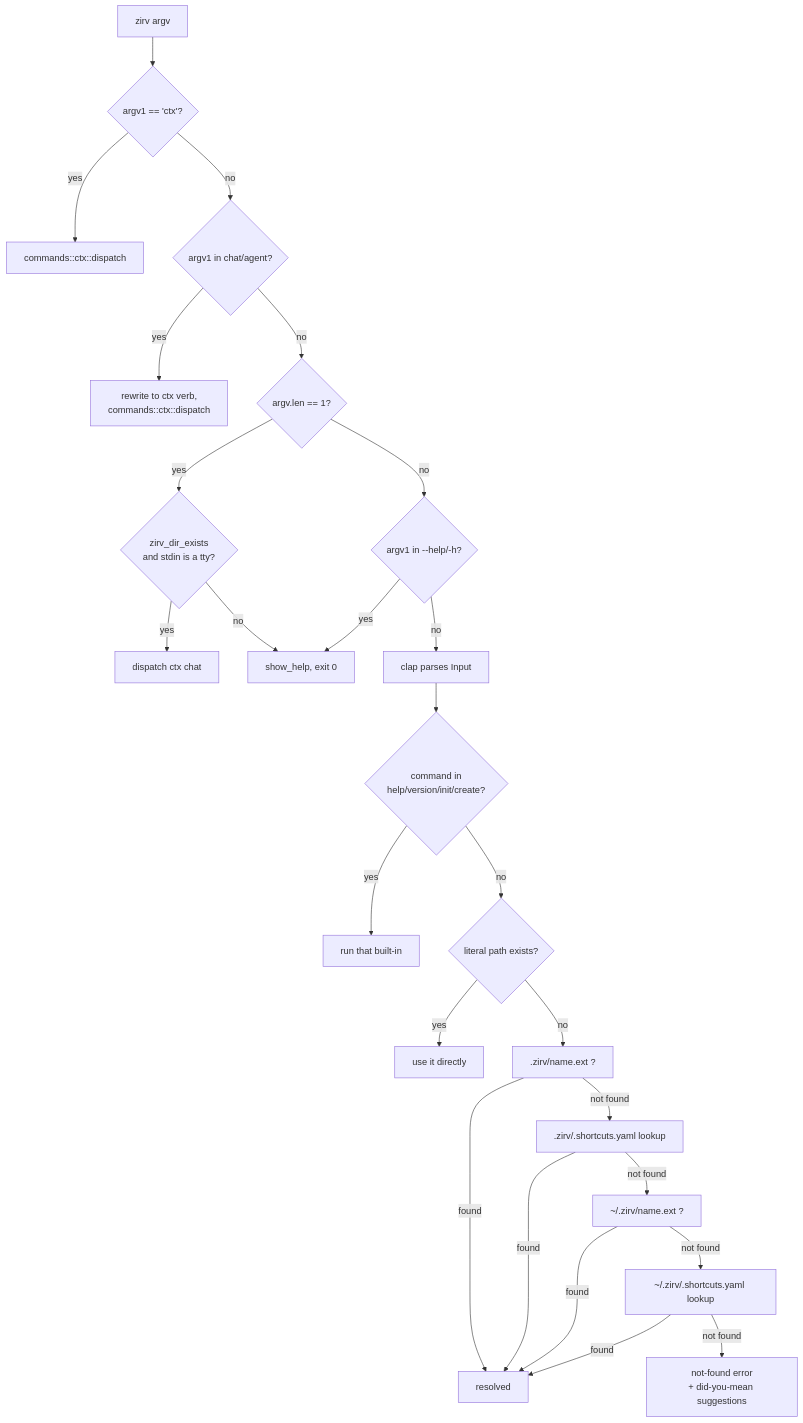
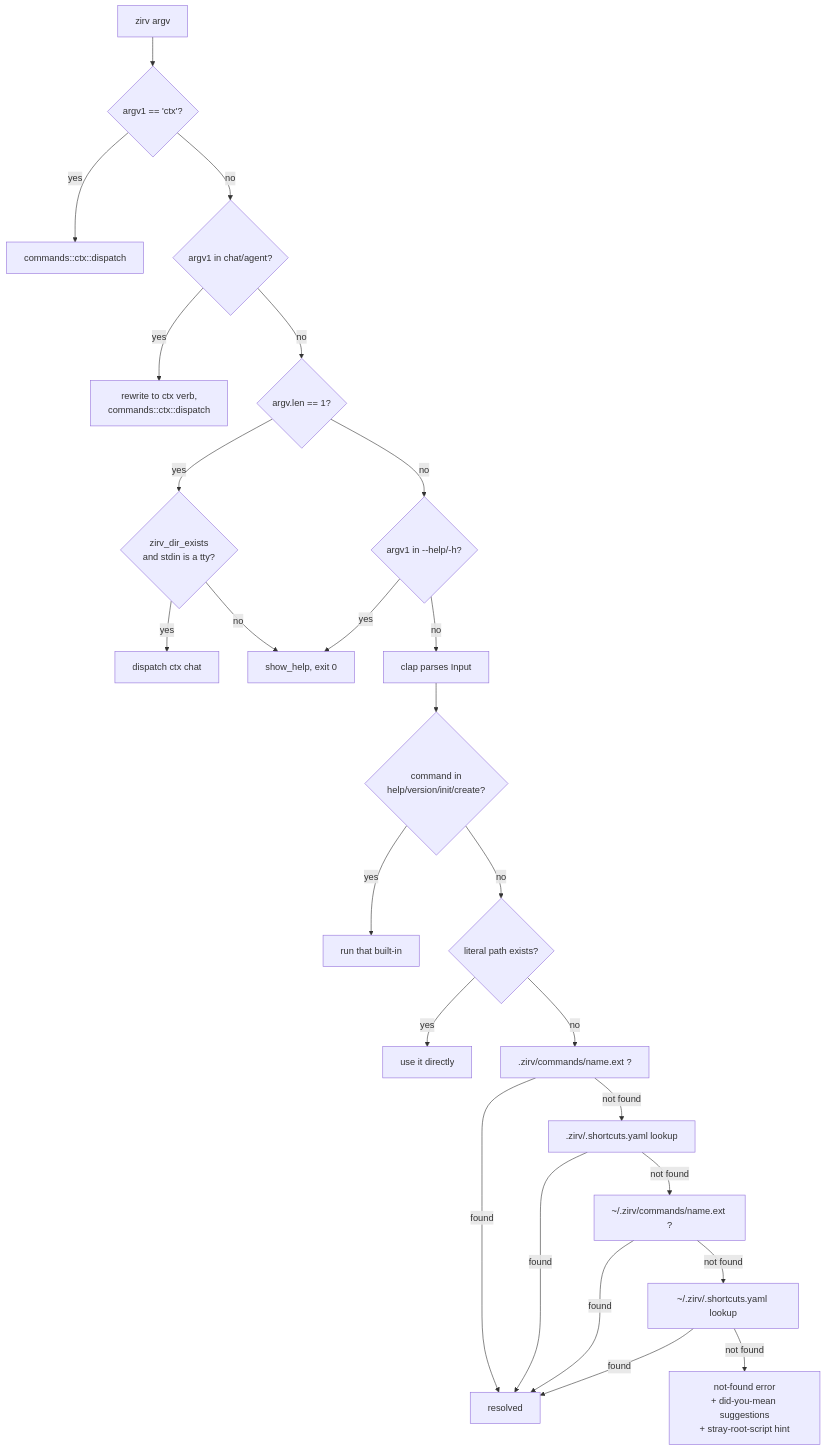
The diagram in docs/obsidian/Architecture/Script Resolution.md (Glubiz/zirv-dynamic-cli), drawn with Mermaid before and after one commit. The commit also changed other lines of this file and 27 other files, not shown here.

Commit message:
feat(scripts)!: move zirv scripts to .zirv/commands/ (#212)

````diff
--- a/docs/obsidian/Architecture/Script Resolution.md
+++ b/docs/obsidian/Architecture/Script Resolution.md
@@ -63,27 +63,27 @@
 ```mermaid
 graph TB
     A[zirv argv] --> B{argv1 == 'ctx'?}
     B -- yes --> C[commands::ctx::dispatch]
     B -- no --> B2{argv1 in chat/agent?}
     B2 -- yes --> C2[rewrite to ctx verb,<br/>commands::ctx::dispatch]
     B2 -- no --> B3{argv.len == 1?}
     B3 -- yes --> B4{zirv_dir_exists<br/>and stdin is a tty?}
     B4 -- yes --> C3["dispatch ctx chat"]
     B4 -- no --> E
     B3 -- no --> D{argv1 in --help/-h?}
     D -- yes --> E[show_help, exit 0]
     D -- no --> F[clap parses Input]
     F --> G{command in<br/>help/version/init/create?}
     G -- yes --> H[run that built-in]
     G -- no --> I{literal path exists?}
     I -- yes --> J[use it directly]
-    I -- no --> K[.zirv/name.ext ?]
+    I -- no --> K[.zirv/commands/name.ext ?]
     K -- found --> L[resolved]
     K -- not found --> M[.zirv/.shortcuts.yaml lookup]
     M -- found --> L
-    M -- not found --> N[~/.zirv/name.ext ?]
+    M -- not found --> N[~/.zirv/commands/name.ext ?]
     N -- found --> L
     N -- not found --> O[~/.zirv/.shortcuts.yaml lookup]
     O -- found --> L
-    O -- not found --> P[not-found error<br/>+ did-you-mean suggestions]
+    O -- not found --> P[not-found error<br/>+ did-you-mean suggestions<br/>+ stray-root-script hint]
 ```
````
